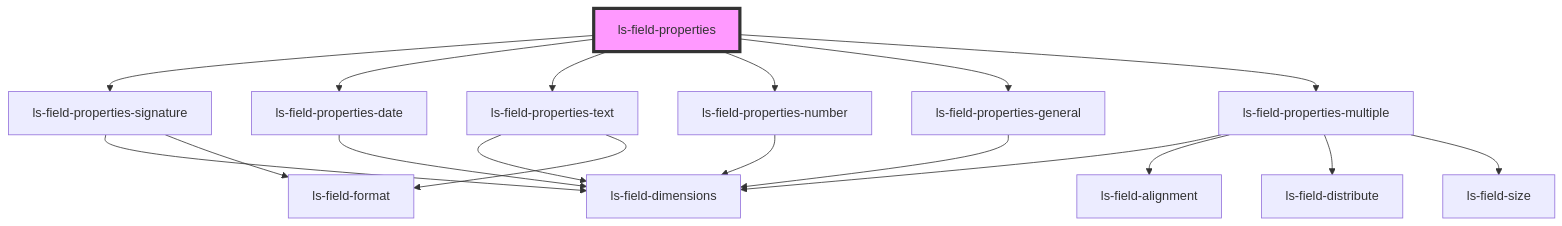
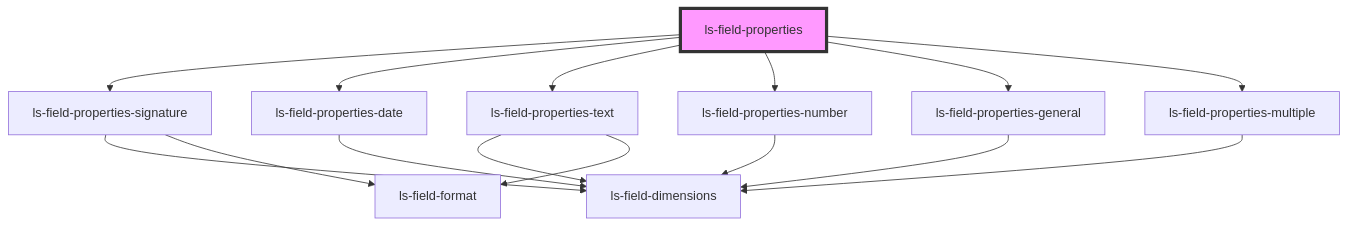
One commit to legalesign/ls-document-viewer changed the diagram in src/components/ls-field-properties/readme.md. Above: the diagram before and after it, drawn with Mermaid. The commit also changed 37 other files, not shown here.

````diff
--- a/src/components/ls-field-properties/readme.md
+++ b/src/components/ls-field-properties/readme.md
@@ -27,21 +27,18 @@
 ```mermaid
 graph TD;
   ls-field-properties --> ls-field-properties-signature
   ls-field-properties --> ls-field-properties-date
   ls-field-properties --> ls-field-properties-text
   ls-field-properties --> ls-field-properties-number
   ls-field-properties --> ls-field-properties-general
   ls-field-properties --> ls-field-properties-multiple
   ls-field-properties-signature --> ls-field-dimensions
   ls-field-properties-signature --> ls-field-format
   ls-field-properties-date --> ls-field-dimensions
   ls-field-properties-text --> ls-field-dimensions
   ls-field-properties-text --> ls-field-format
   ls-field-properties-number --> ls-field-dimensions
   ls-field-properties-general --> ls-field-dimensions
   ls-field-properties-multiple --> ls-field-dimensions
-  ls-field-properties-multiple --> ls-field-alignment
-  ls-field-properties-multiple --> ls-field-distribute
-  ls-field-properties-multiple --> ls-field-size
   style ls-field-properties fill:#f9f,stroke:#333,stroke-width:4px
 ```
````
